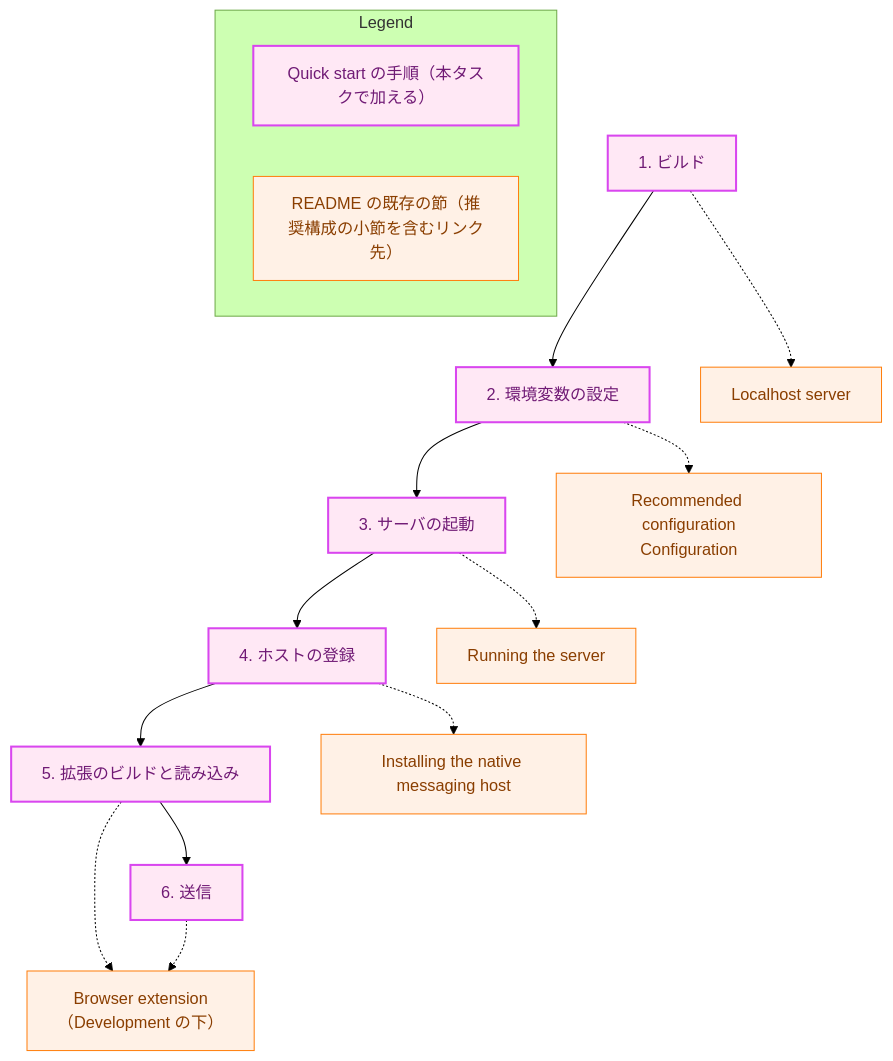
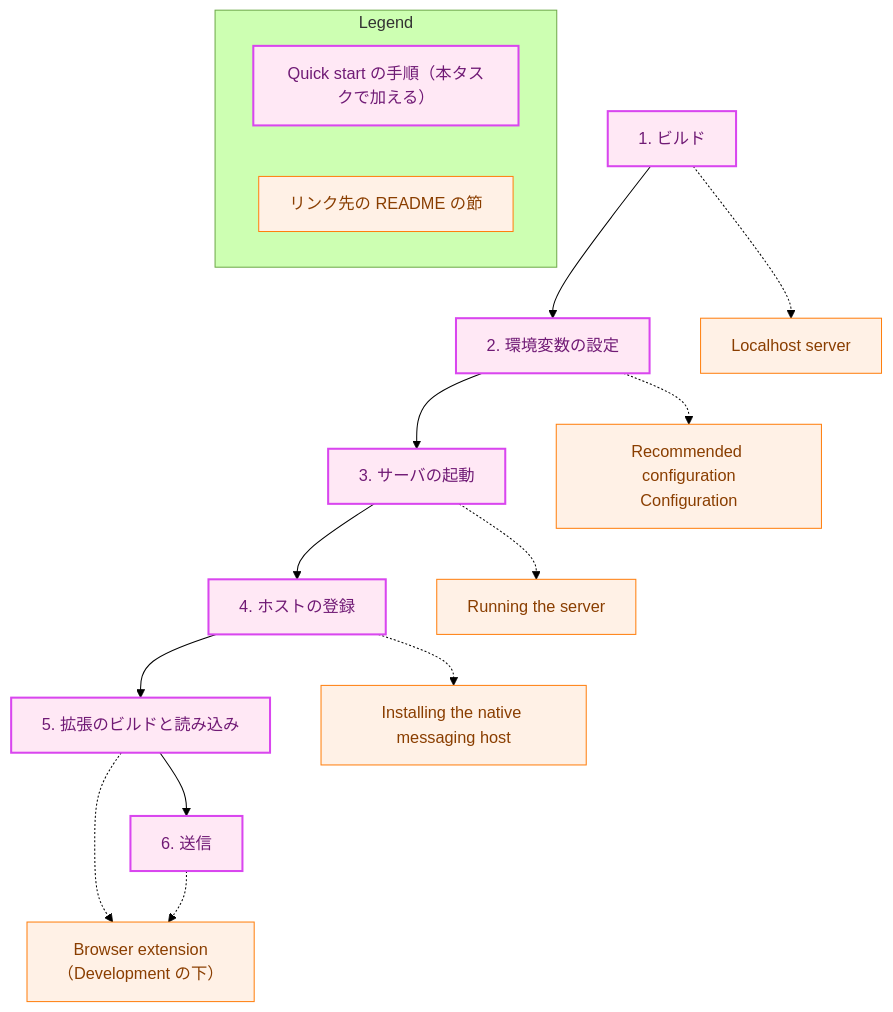
One commit to isseis/yt2column changed the fourth of 4 diagrams in docs/tasks/0040_production_profile/02_architecture.md. Above: the diagram before and after it, drawn with Mermaid (forest theme). The commit also changed other lines of this file, not shown here.

First line of the commit message:
docs(0040): address the architecture review and polish the Japanese prose

````diff
--- a/docs/tasks/0040_production_profile/02_architecture.md
+++ b/docs/tasks/0040_production_profile/02_architecture.md
@@ -426,36 +473,36 @@
 ```mermaid
 flowchart TD
     classDef process fill:#fff1e6,stroke:#ff7f0e,stroke-width:1px,color:#8a3e00;
     classDef newpkg fill:#ffe8f5,stroke:#d946ef,stroke-width:2px,color:#701a75;
 
     S1["1. ビルド"]
     S2["2. 環境変数の設定"]
     S3["3. サーバの起動"]
     S4["4. ホストの登録"]
     S5["5. 拡張のビルドと読み込み"]
     S6["6. 送信"]
 
     H1["Localhost server"]
     H2["Recommended configuration<br>Configuration"]
     H3["Running the server"]
     H4["Installing the native messaging host"]
     H5["Browser extension<br>（Development の下）"]
 
     S1 --> S2 --> S3 --> S4 --> S5 --> S6
     S1 -.-> H1
     S2 -.-> H2
     S3 -.-> H3
     S4 -.-> H4
     S5 -.-> H5
     S6 -.-> H5
 
     class S1,S2,S3,S4,S5,S6 newpkg
     class H1,H2,H3,H4,H5 process
 
     subgraph Legend["Legend"]
         L1["Quick start の手順（本タスクで加える）"]
-        L2["README の既存の節（推奨構成の小節を含むリンク先）"]
+        L2["リンク先の README の節"]
     end
     class L1 newpkg
     class L2 process
 ```
````
